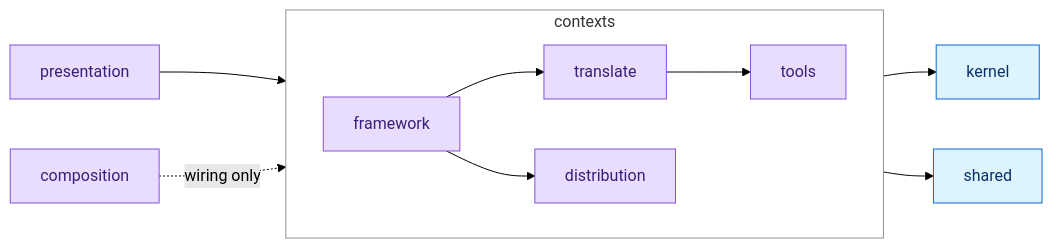
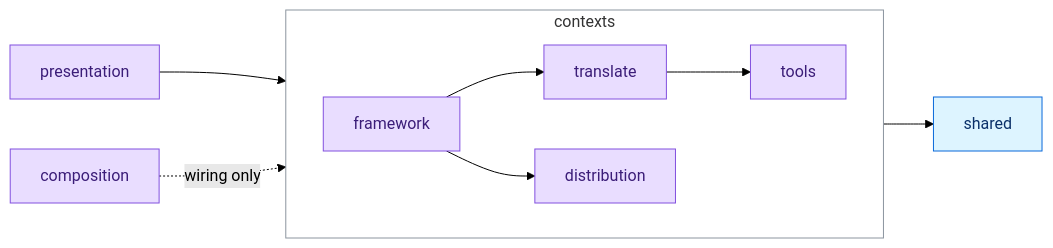
One commit to ai-driven-dev/framework changed the diagram in cli/ARCHITECTURE.md. Above: the diagram before and after it, drawn with Mermaid (forest theme). The commit also changed other lines of this file and 617 other files, not shown here.

First line of the commit message:
refactor(cli): empty the kernel into shared and the contexts that earn each module

````diff
--- a/cli/ARCHITECTURE.md
+++ b/cli/ARCHITECTURE.md
@@ -5,17 +5,16 @@
 ```mermaid
 flowchart LR
   presentation["presentation"] --> contexts
   composition["composition"] -.->|wiring only| contexts
   subgraph contexts["contexts"]
     direction LR
     framework["framework"] --> translate["translate"] --> tools["tools"]
     framework --> distribution["distribution"]
   end
-  contexts --> kernel["kernel"]
   contexts --> shared["shared"]
   classDef layer fill:#e9ddff,stroke:#8250df,color:#3b1d78
   classDef base fill:#ddf4ff,stroke:#0969da,color:#0a3069
   class presentation,composition,framework,translate,tools,distribution layer
-  class kernel,shared base
+  class shared base
   style contexts fill:none,stroke:#8c959f
 ```
````
